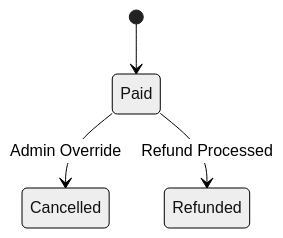
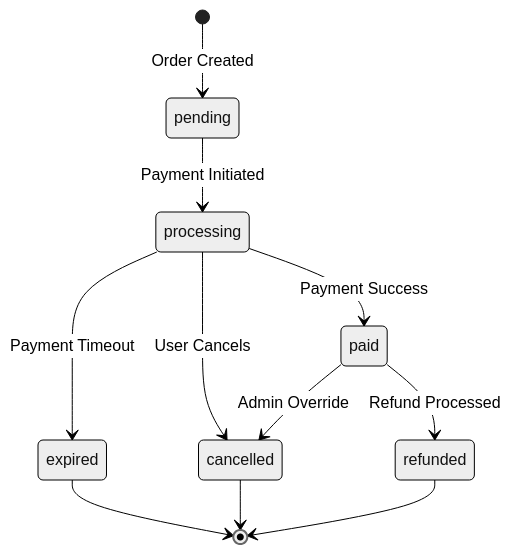
One commit to SDN-Group5/Event-Ticketing-Platform changed diagram 13 of 52 in doc/UML/Phuc_AdminAnalytics.md. Above: the diagram before and after it, drawn with Mermaid (neutral theme). The commit also changed other lines of this file and 3 other files, not shown here.

````diff
--- a/doc/UML/Phuc_AdminAnalytics.md
+++ b/doc/UML/Phuc_AdminAnalytics.md
@@ -126,6 +309,13 @@
 ```mermaid
 stateDiagram-v2
-    [*] --> Paid
-    Paid --> Cancelled: Admin Override
-    Paid --> Refunded: Refund Processed
+    [*] --> pending: Order Created
+    pending --> processing: Payment Initiated
+    processing --> paid: Payment Success
+    processing --> expired: Payment Timeout
+    processing --> cancelled: User Cancels
+    paid --> refunded: Refund Processed
+    paid --> cancelled: Admin Override
+    expired --> [*]
+    cancelled --> [*]
+    refunded --> [*]
 ```
````
